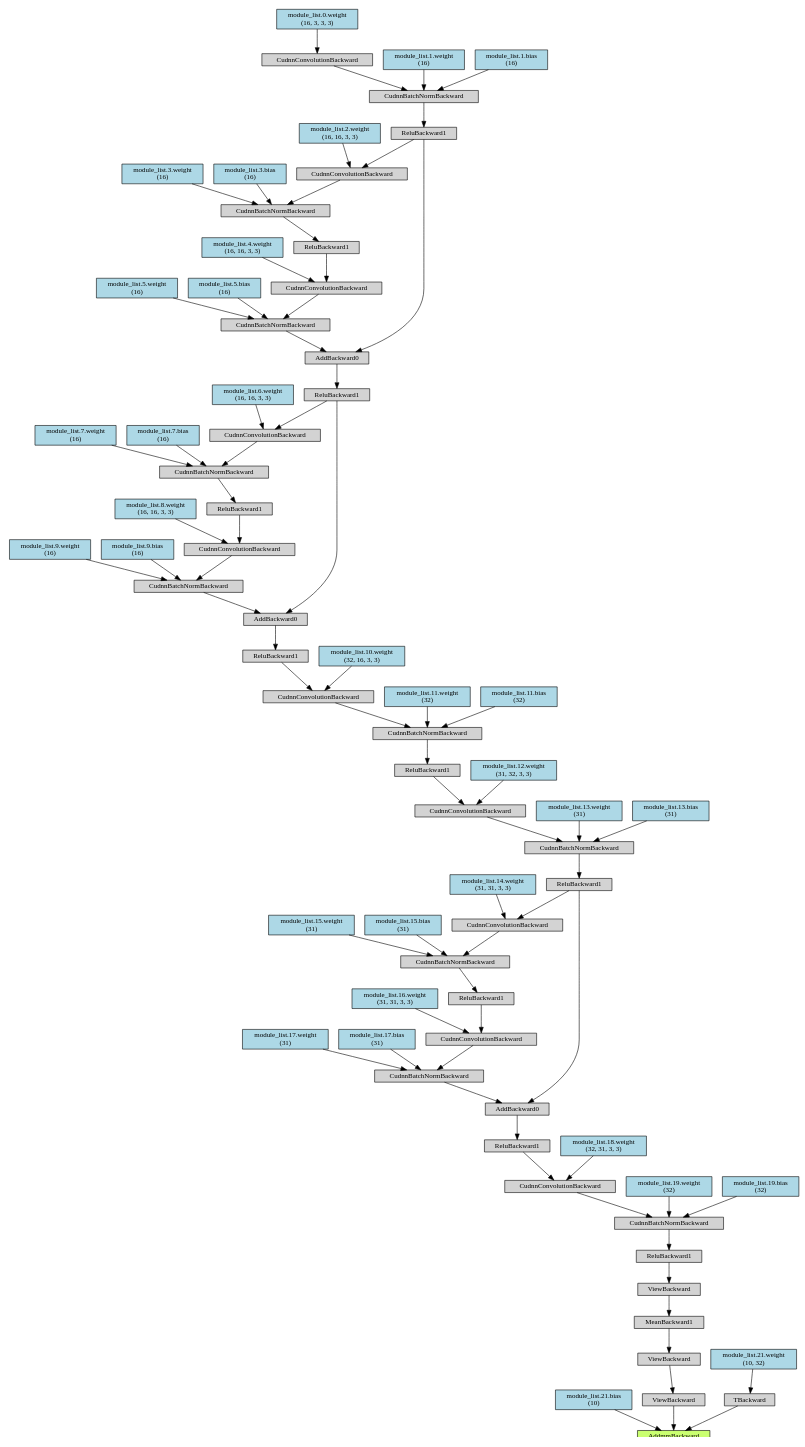
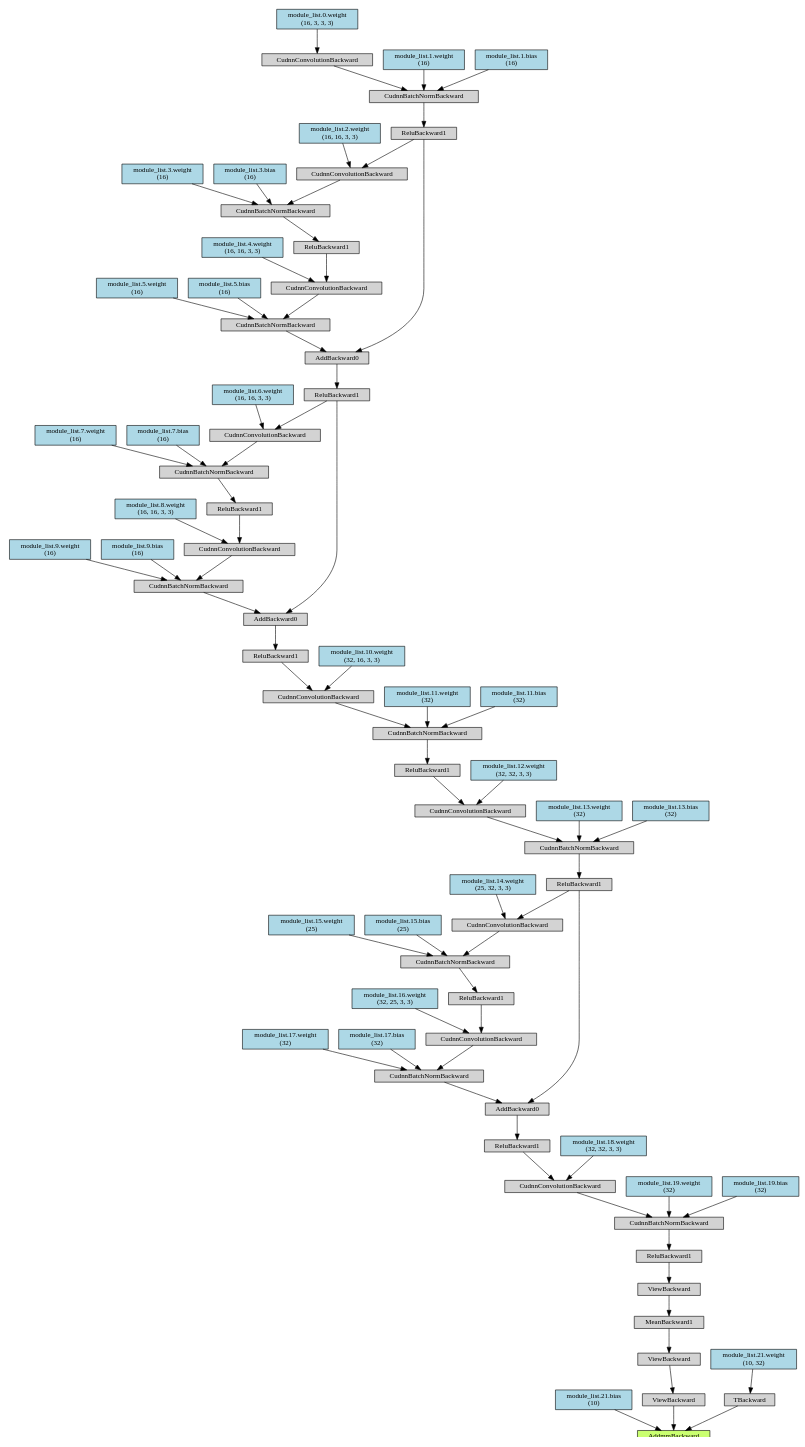
Before and after one commit to j3ssi/MA_Source: the diagram in PruneTrain5_0.dot, drawn with Graphviz. The commit also changed 11 other files, not shown here.

```diff
--- a/PruneTrain5_0.dot
+++ b/PruneTrain5_0.dot
@@ -1,180 +1,180 @@
 digraph {
 	graph [size="21.599999999999998,21.599999999999998"]
 	node [align=left fontsize=12 height=0.2 ranksep=0.1 shape=box style=filled]
-	140159439789752 [label=AddmmBackward fillcolor=darkolivegreen1]
-	140159439786280 -> 140159439789752
-	140159439786280 [label="module_list.21.bias
+	140053783928672 [label=AddmmBackward fillcolor=darkolivegreen1]
+	140053783927048 -> 140053783928672
+	140053783927048 [label="module_list.21.bias
  (10)" fillcolor=lightblue]
-	140159439789696 -> 140159439789752
-	140159439789696 [label=ViewBackward]
-	140159303085192 -> 140159439789696
-	140159303085192 [label=ViewBackward]
-	140159303084576 -> 140159303085192
-	140159303084576 [label=MeanBackward1]
-	140159303083456 -> 140159303084576
-	140159303083456 [label=ViewBackward]
-	140159303085472 -> 140159303083456
-	140159303085472 [label=ReluBackward1]
-	140159303085864 -> 140159303085472
-	140159303085864 [label=CudnnBatchNormBackward]
-	140159303085976 -> 140159303085864
-	140159303085976 [label=CudnnConvolutionBackward]
-	140159303085808 -> 140159303085976
-	140159303085808 [label=ReluBackward1]
-	140159303083400 -> 140159303085808
-	140159303083400 [label=AddBackward0]
-	140159303085304 -> 140159303083400
-	140159303085304 [label=ReluBackward1]
-	140159303084912 -> 140159303085304
-	140159303084912 [label=CudnnBatchNormBackward]
-	140159303084856 -> 140159303084912
-	140159303084856 [label=CudnnConvolutionBackward]
-	140159303084688 -> 140159303084856
-	140159303084688 [label=ReluBackward1]
-	140159303082336 -> 140159303084688
-	140159303082336 [label=CudnnBatchNormBackward]
-	140159303082224 -> 140159303082336
-	140159303082224 [label=CudnnConvolutionBackward]
-	140159303084128 -> 140159303082224
-	140159303084128 [label=ReluBackward1]
-	140159303085248 -> 140159303084128
-	140159303085248 [label=AddBackward0]
-	140159303082672 -> 140159303085248
-	140159303082672 [label=ReluBackward1]
-	140159303082784 -> 140159303082672
-	140159303082784 [label=AddBackward0]
-	140159300719056 -> 140159303082784
-	140159300719056 [label=ReluBackward1]
-	140159300720064 -> 140159300719056
-	140159300720064 [label=CudnnBatchNormBackward]
-	140159300719952 -> 140159300720064
-	140159300719952 [label=CudnnConvolutionBackward]
-	140159300719560 -> 140159300719952
-	140159300719560 [label="module_list.0.weight
+	140053788789840 -> 140053783928672
+	140053788789840 [label=ViewBackward]
+	140053788790064 -> 140053788789840
+	140053788790064 [label=ViewBackward]
+	140053788788048 -> 140053788790064
+	140053788788048 [label=MeanBackward1]
+	140053788790736 -> 140053788788048
+	140053788790736 [label=ViewBackward]
+	140053788788328 -> 140053788790736
+	140053788788328 [label=ReluBackward1]
+	140053788790176 -> 140053788788328
+	140053788790176 [label=CudnnBatchNormBackward]
+	140053788788608 -> 140053788790176
+	140053788788608 [label=CudnnConvolutionBackward]
+	140053788789728 -> 140053788788608
+	140053788789728 [label=ReluBackward1]
+	140053788787040 -> 140053788789728
+	140053788787040 [label=AddBackward0]
+	140053788786872 -> 140053788787040
+	140053788786872 [label=ReluBackward1]
+	140053788788440 -> 140053788786872
+	140053788788440 [label=CudnnBatchNormBackward]
+	140053788790008 -> 140053788788440
+	140053788790008 [label=CudnnConvolutionBackward]
+	140053788789168 -> 140053788790008
+	140053788789168 [label=ReluBackward1]
+	140053784715840 -> 140053788789168
+	140053784715840 [label=CudnnBatchNormBackward]
+	140053784715560 -> 140053784715840
+	140053784715560 [label=CudnnConvolutionBackward]
+	140053784719256 -> 140053784715560
+	140053784719256 [label=ReluBackward1]
+	140053784719032 -> 140053784719256
+	140053784719032 [label=AddBackward0]
+	140053784719144 -> 140053784719032
+	140053784719144 [label=ReluBackward1]
+	140053784715336 -> 140053784719144
+	140053784715336 [label=AddBackward0]
+	140053783934848 -> 140053784715336
+	140053783934848 [label=ReluBackward1]
+	140053783934568 -> 140053783934848
+	140053783934568 [label=CudnnBatchNormBackward]
+	140053783934400 -> 140053783934568
+	140053783934400 [label=CudnnConvolutionBackward]
+	140053783934120 -> 140053783934400
+	140053783934120 [label="module_list.0.weight
  (16, 3, 3, 3)" fillcolor=lightblue]
-	140159300719896 -> 140159300720064
-	140159300719896 [label="module_list.1.weight
+	140053783934344 -> 140053783934568
+	140053783934344 [label="module_list.1.weight
  (16)" fillcolor=lightblue]
-	140159300719840 -> 140159300720064
-	140159300719840 [label="module_list.1.bias
+	140053783934288 -> 140053783934568
+	140053783934288 [label="module_list.1.bias
  (16)" fillcolor=lightblue]
-	140159300720232 -> 140159303082784
-	140159300720232 [label=CudnnBatchNormBackward]
-	140159300720008 -> 140159300720232
-	140159300720008 [label=CudnnConvolutionBackward]
-	140159300719448 -> 140159300720008
-	140159300719448 [label=ReluBackward1]
-	140159300719224 -> 140159300719448
-	140159300719224 [label=CudnnBatchNormBackward]
-	140159300719112 -> 140159300719224
-	140159300719112 [label=CudnnConvolutionBackward]
-	140159300719056 -> 140159300719112
-	140159300718832 -> 140159300719112
-	140159300718832 [label="module_list.2.weight
+	140053783934736 -> 140053784715336
+	140053783934736 [label=CudnnBatchNormBackward]
+	140053783934512 -> 140053783934736
+	140053783934512 [label=CudnnConvolutionBackward]
+	140053783934008 -> 140053783934512
+	140053783934008 [label=ReluBackward1]
+	140053783933784 -> 140053783934008
+	140053783933784 [label=CudnnBatchNormBackward]
+	140053783933672 -> 140053783933784
+	140053783933672 [label=CudnnConvolutionBackward]
+	140053783934848 -> 140053783933672
+	140053783933392 -> 140053783933672
+	140053783933392 [label="module_list.2.weight
  (16, 16, 3, 3)" fillcolor=lightblue]
-	140159300719000 -> 140159300719224
-	140159300719000 [label="module_list.3.weight
+	140053783933616 -> 140053783933784
+	140053783933616 [label="module_list.3.weight
  (16)" fillcolor=lightblue]
-	140159300718944 -> 140159300719224
-	140159300718944 [label="module_list.3.bias
+	140053783933504 -> 140053783933784
+	140053783933504 [label="module_list.3.bias
  (16)" fillcolor=lightblue]
-	140159300719336 -> 140159300720008
-	140159300719336 [label="module_list.4.weight
+	140053783933896 -> 140053783934512
+	140053783933896 [label="module_list.4.weight
  (16, 16, 3, 3)" fillcolor=lightblue]
-	140159300719728 -> 140159300720232
-	140159300719728 [label="module_list.5.weight
+	140053783934176 -> 140053783934736
+	140053783934176 [label="module_list.5.weight
  (16)" fillcolor=lightblue]
-	140159300719504 -> 140159300720232
-	140159300719504 [label="module_list.5.bias
+	140053783934064 -> 140053783934736
+	140053783934064 [label="module_list.5.bias
  (16)" fillcolor=lightblue]
-	140159303082952 -> 140159303085248
-	140159303082952 [label=CudnnBatchNormBackward]
-	140159303083848 -> 140159303082952
-	140159303083848 [label=CudnnConvolutionBackward]
-	140159300718888 -> 140159303083848
-	140159300718888 [label=ReluBackward1]
-	140159300719784 -> 140159300718888
-	140159300719784 [label=CudnnBatchNormBackward]
-	140159300720288 -> 140159300719784
-	140159300720288 [label=CudnnConvolutionBackward]
-	140159303082672 -> 140159300720288
-	140159300720400 -> 140159300720288
-	140159300720400 [label="module_list.6.weight
+	140053784719088 -> 140053784719032
+	140053784719088 [label=CudnnBatchNormBackward]
+	140053783934960 -> 140053784719088
+	140053783934960 [label=CudnnConvolutionBackward]
+	140053783933448 -> 140053783934960
+	140053783933448 [label=ReluBackward1]
+	140053783934232 -> 140053783933448
+	140053783934232 [label=CudnnBatchNormBackward]
+	140053783933112 -> 140053783934232
+	140053783933112 [label=CudnnConvolutionBackward]
+	140053784719144 -> 140053783933112
+	140053783935016 -> 140053783933112
+	140053783935016 [label="module_list.6.weight
  (16, 16, 3, 3)" fillcolor=lightblue]
-	140159300720176 -> 140159300719784
-	140159300720176 [label="module_list.7.weight
+	140053783934904 -> 140053783934232
+	140053783934904 [label="module_list.7.weight
  (16)" fillcolor=lightblue]
-	140159300719672 -> 140159300719784
-	140159300719672 [label="module_list.7.bias
+	140053783933560 -> 140053783934232
+	140053783933560 [label="module_list.7.bias
  (16)" fillcolor=lightblue]
-	140159300718776 -> 140159303083848
-	140159300718776 [label="module_list.8.weight
+	140053783933336 -> 140053783934960
+	140053783933336 [label="module_list.8.weight
  (16, 16, 3, 3)" fillcolor=lightblue]
-	140159300720120 -> 140159303082952
-	140159300720120 [label="module_list.9.weight
+	140053783934680 -> 140053784719088
+	140053783934680 [label="module_list.9.weight
  (16)" fillcolor=lightblue]
-	140159300719392 -> 140159303082952
-	140159300719392 [label="module_list.9.bias
+	140053783933952 -> 140053784719088
+	140053783933952 [label="module_list.9.bias
  (16)" fillcolor=lightblue]
-	140159303082056 -> 140159303082224
-	140159303082056 [label="module_list.10.weight
+	140053784718920 -> 140053784715560
+	140053784718920 [label="module_list.10.weight
  (32, 16, 3, 3)" fillcolor=lightblue]
-	140159303084296 -> 140159303082336
-	140159303084296 [label="module_list.11.weight
+	140053784718640 -> 140053784715840
+	140053784718640 [label="module_list.11.weight
  (32)" fillcolor=lightblue]
-	140159303084240 -> 140159303082336
-	140159303084240 [label="module_list.11.bias
+	140053784715616 -> 140053784715840
+	140053784715616 [label="module_list.11.bias
  (32)" fillcolor=lightblue]
-	140159303082448 -> 140159303084856
-	140159303082448 [label="module_list.12.weight
- (31, 32, 3, 3)" fillcolor=lightblue]
-	140159303084800 -> 140159303084912
-	140159303084800 [label="module_list.13.weight
- (31)" fillcolor=lightblue]
-	140159303082728 -> 140159303084912
-	140159303082728 [label="module_list.13.bias
- (31)" fillcolor=lightblue]
-	140159303085136 -> 140159303083400
-	140159303085136 [label=CudnnBatchNormBackward]
-	140159303082840 -> 140159303085136
-	140159303082840 [label=CudnnConvolutionBackward]
-	140159303084072 -> 140159303082840
-	140159303084072 [label=ReluBackward1]
-	140159303082616 -> 140159303084072
-	140159303082616 [label=CudnnBatchNormBackward]
-	140159300719168 -> 140159303082616
-	140159300719168 [label=CudnnConvolutionBackward]
-	140159303085304 -> 140159300719168
-	140159300720568 -> 140159300719168
-	140159300720568 [label="module_list.14.weight
- (31, 31, 3, 3)" fillcolor=lightblue]
-	140159300720344 -> 140159303082616
-	140159300720344 [label="module_list.15.weight
- (31)" fillcolor=lightblue]
-	140159300720456 -> 140159303082616
-	140159300720456 [label="module_list.15.bias
- (31)" fillcolor=lightblue]
-	140159303084408 -> 140159303082840
-	140159303084408 [label="module_list.16.weight
- (31, 31, 3, 3)" fillcolor=lightblue]
-	140159303084744 -> 140159303085136
-	140159303084744 [label="module_list.17.weight
- (31)" fillcolor=lightblue]
-	140159303084520 -> 140159303085136
-	140159303084520 [label="module_list.17.bias
- (31)" fillcolor=lightblue]
-	140159303083736 -> 140159303085976
-	140159303083736 [label="module_list.18.weight
- (32, 31, 3, 3)" fillcolor=lightblue]
-	140159303083232 -> 140159303085864
-	140159303083232 [label="module_list.19.weight
+	140053788789896 -> 140053788790008
+	140053788789896 [label="module_list.12.weight
+ (32, 32, 3, 3)" fillcolor=lightblue]
+	140053788787208 -> 140053788788440
+	140053788787208 [label="module_list.13.weight
  (32)" fillcolor=lightblue]
-	140159303083904 -> 140159303085864
-	140159303083904 [label="module_list.19.bias
+	140053788787096 -> 140053788788440
+	140053788787096 [label="module_list.13.bias
  (32)" fillcolor=lightblue]
-	140159439789416 -> 140159439789752
-	140159439789416 [label=TBackward]
-	140159303083288 -> 140159439789416
-	140159303083288 [label="module_list.21.weight
+	140053788788104 -> 140053788787040
+	140053788788104 [label=CudnnBatchNormBackward]
+	140053788789000 -> 140053788788104
+	140053788789000 [label=CudnnConvolutionBackward]
+	140053784718808 -> 140053788789000
+	140053784718808 [label=ReluBackward1]
+	140053784719312 -> 140053784718808
+	140053784719312 [label=CudnnBatchNormBackward]
+	140053783933728 -> 140053784719312
+	140053783933728 [label=CudnnConvolutionBackward]
+	140053788786872 -> 140053783933728
+	140053783935184 -> 140053783933728
+	140053783935184 [label="module_list.14.weight
+ (25, 32, 3, 3)" fillcolor=lightblue]
+	140053783933168 -> 140053784719312
+	140053783933168 [label="module_list.15.weight
+ (25)" fillcolor=lightblue]
+	140053783935072 -> 140053784719312
+	140053783935072 [label="module_list.15.bias
+ (25)" fillcolor=lightblue]
+	140053784719200 -> 140053788789000
+	140053784719200 [label="module_list.16.weight
+ (32, 25, 3, 3)" fillcolor=lightblue]
+	140053788789336 -> 140053788788104
+	140053788789336 [label="module_list.17.weight
+ (32)" fillcolor=lightblue]
+	140053784716120 -> 140053788788104
+	140053784716120 [label="module_list.17.bias
+ (32)" fillcolor=lightblue]
+	140053788788552 -> 140053788788608
+	140053788788552 [label="module_list.18.weight
+ (32, 32, 3, 3)" fillcolor=lightblue]
+	140053788786816 -> 140053788790176
+	140053788786816 [label="module_list.19.weight
+ (32)" fillcolor=lightblue]
+	140053788786760 -> 140053788790176
+	140053788786760 [label="module_list.19.bias
+ (32)" fillcolor=lightblue]
+	140053788787992 -> 140053783928672
+	140053788787992 [label=TBackward]
+	140053788788888 -> 140053788787992
+	140053788788888 [label="module_list.21.weight
  (10, 32)" fillcolor=lightblue]
 }
```
